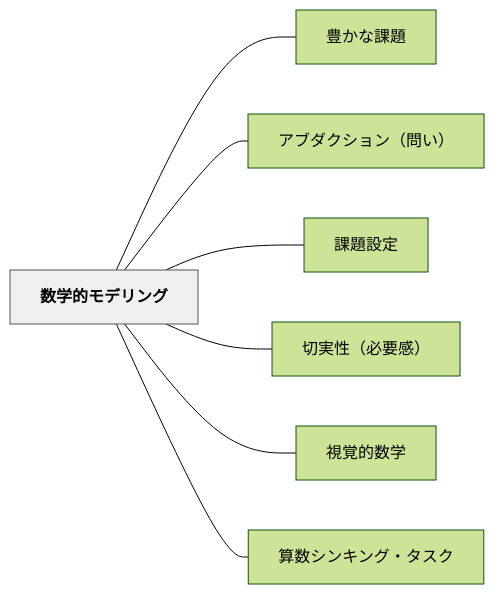
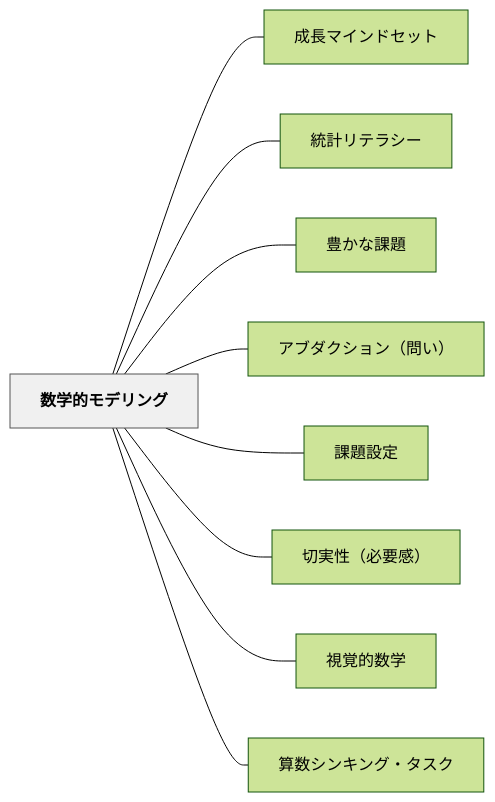
One commit to unknownthings-ed-patterns/unknownthings-ed-patterns changed the diagram in content/パタン/数学的モデリング.md. Above: the diagram before and after it, drawn with Mermaid (forest theme). The commit also changed other lines of this file and 473 other files, not shown here.

````diff
--- a/content/パタン/数学的モデリング.md
+++ b/content/パタン/数学的モデリング.md
@@ -133,20 +135,24 @@
 ```mermaid
 flowchart LR
     ne695b0e5ada6["数学的モデリング"]
+    ne68890e995b7["成長マインドセット"]
+    ne7b5b1e8a888["統計リテラシー"]
     ne8b18ae3818b["豊かな課題"]
     ne382a2e38396["アブダクション（問い）"]
     ne8aab2e9a18c["課題設定"]
     ne58887e5ae9f["切実性（必要感）"]
     ne8a696e8a69a["視覚的数学"]
     ne7ae97e695b0["算数シンキング・タスク"]
 
+    ne695b0e5ada6 --- ne68890e995b7
+    ne695b0e5ada6 --- ne7b5b1e8a888
     ne695b0e5ada6 --- ne8b18ae3818b
     ne695b0e5ada6 --- ne382a2e38396
     ne695b0e5ada6 --- ne8aab2e9a18c
     ne695b0e5ada6 --- ne58887e5ae9f
     ne695b0e5ada6 --- ne8a696e8a69a
     ne695b0e5ada6 --- ne7ae97e695b0
 
     classDef hub fill:#f0f0f0,stroke:#555,color:#000,font-weight:bold
     class ne695b0e5ada6 hub
 ```
````
